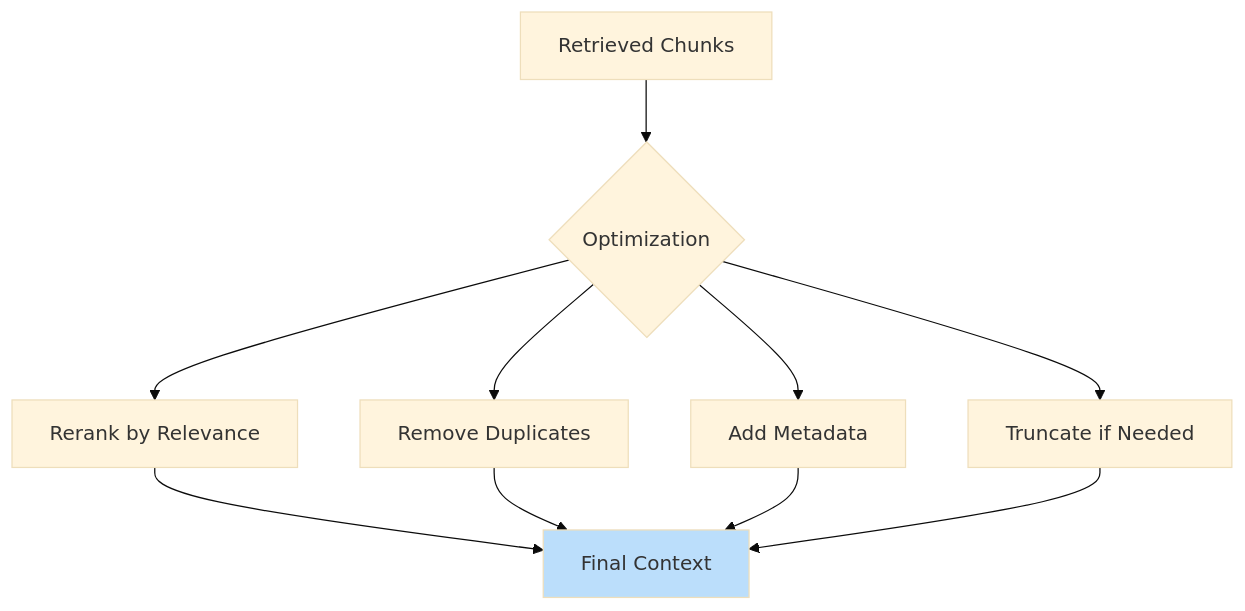
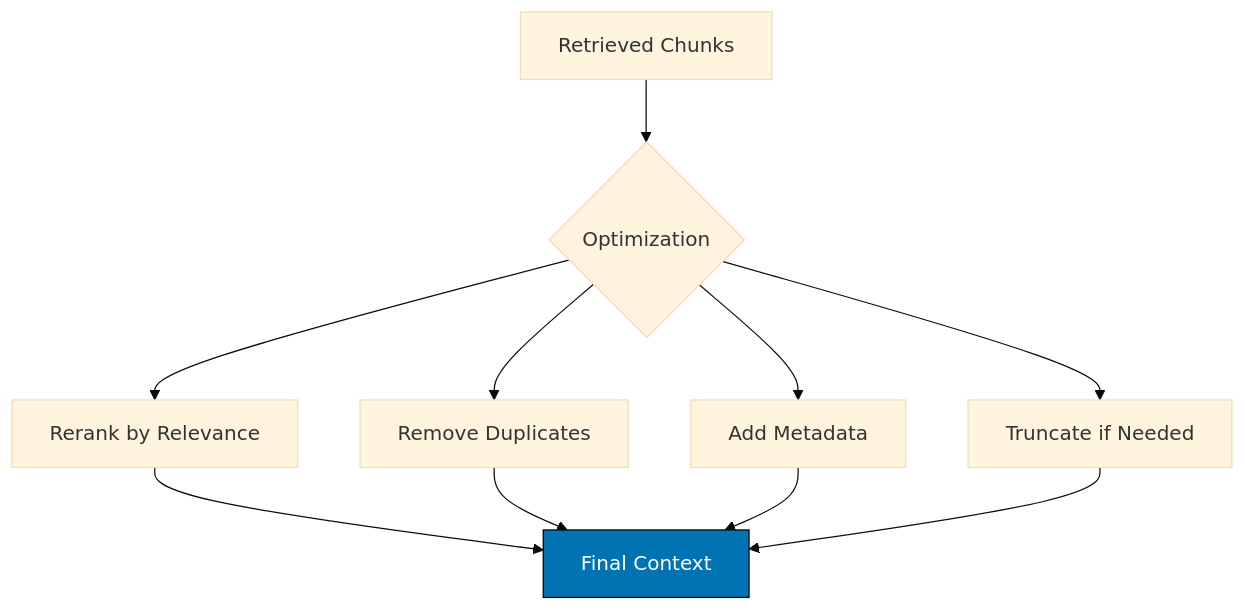
One commit to wahidyankf/open-sharia-enterprise changed the seventh of 8 diagrams in docs/tutorials/ai-engineering/tu-aien__chat-with-pdf.md. Above: the diagram before and after it, drawn with Mermaid (base theme). The commit also changed other lines of this file and 22 other files, not shown here.

First line of the commit message:
docs(diagrams): ensure all mermaid diagrams use color-blind friendly palette

````diff
--- a/docs/tutorials/ai-engineering/tu-aien__chat-with-pdf.md
+++ b/docs/tutorials/ai-engineering/tu-aien__chat-with-pdf.md
@@ -460,14 +481,14 @@
 ```mermaid
 graph TD
 	A[Retrieved Chunks] --> B{Optimization}
 	B --> C[Rerank by Relevance]
 	B --> D[Remove Duplicates]
 	B --> E[Add Metadata]
 	B --> F[Truncate if Needed]
 	C --> G[Final Context]
 	D --> G
 	E --> G
 	F --> G
 
-	style G fill:#bbdefb
+	style G fill:#0173B2,stroke:#000000,color:#FFFFFF
 ```
````
